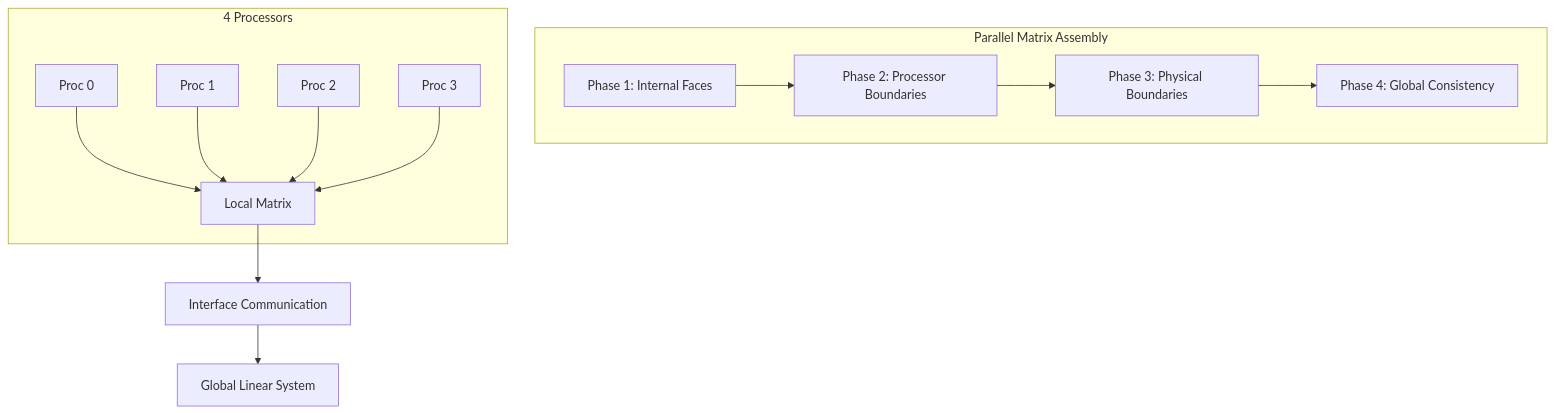
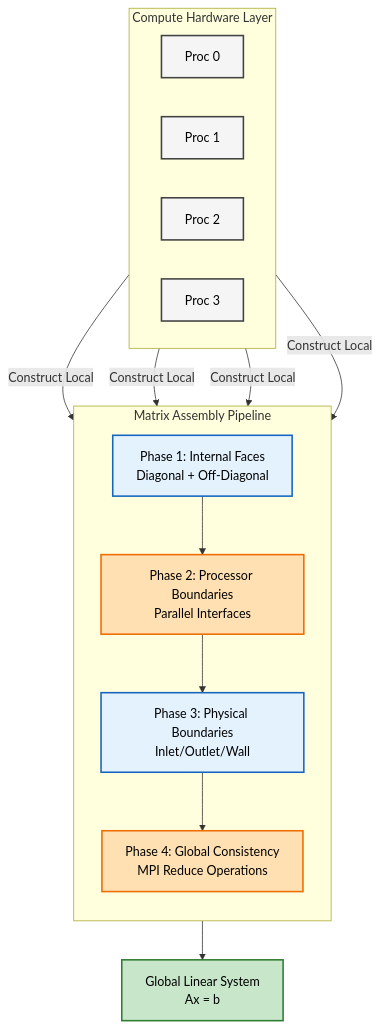
One commit to wramet/build-my-cfd changed the third of 5 diagrams in MODULE_05_OPENFOAM_PROGRAMMING/CONTENT/06_MATRICES_LINEARALGEBRA/05_Parallel_Linear_Algebra.md. Above: the diagram before and after it, drawn with Mermaid. The commit also changed other lines of this file and 313 other files, not shown here.

Commit message:
Revise all diagram

````diff
--- a/MODULE_05_OPENFOAM_PROGRAMMING/CONTENT/06_MATRICES_LINEARALGEBRA/05_Parallel_Linear_Algebra.md
+++ b/MODULE_05_OPENFOAM_PROGRAMMING/CONTENT/06_MATRICES_LINEARALGEBRA/05_Parallel_Linear_Algebra.md
@@ -482,18 +496,29 @@
 ```mermaid
 flowchart TD
-    subgraph Assembly["Parallel Matrix Assembly"]
-        A[Phase 1: Internal Faces] --> B[Phase 2: Processor Boundaries]
-        B --> C[Phase 3: Physical Boundaries]
-        C --> D[Phase 4: Global Consistency]
-    end
+classDef implicit fill:#e3f2fd,stroke:#1565c0,stroke-width:2px,color:#000
+classDef explicit fill:#ffe0b2,stroke:#ef6c00,stroke-width:2px,color:#000
+classDef container fill:#f5f5f5,stroke:#424242,stroke-width:2px,color:#000
+classDef result fill:#c8e6c9,stroke:#2e7d32,stroke-width:2px,color:#000
 
-    subgraph Processors["4 Processors"]
-        P1[Proc 0] --> E[Local Matrix]
-        P2[Proc 1] --> E
-        P3[Proc 2] --> E
-        P4[Proc 3] --> E
-    end
+subgraph Hardware ["Compute Hardware Layer"]
+    direction LR
+    P0[Proc 0]:::container
+    P1[Proc 1]:::container
+    P2[Proc 2]:::container
+    P3[Proc 3]:::container
+end
 
-    E --> F[Interface Communication]
-    F --> G[Global Linear System]
+subgraph Assembly ["Matrix Assembly Pipeline"]
+    direction TB
+    Phase1[Phase 1: Internal Faces<br/>Diagonal + Off-Diagonal]:::implicit
+    Phase2[Phase 2: Processor Boundaries<br/>Parallel Interfaces]:::explicit
+    Phase3[Phase 3: Physical Boundaries<br/>Inlet/Outlet/Wall]:::implicit
+    Phase4[Phase 4: Global Consistency<br/>MPI Reduce Operations]:::explicit
+end
+
+P0 & P1 & P2 & P3 -->|Construct Local| Phase1
+Phase1 --> Phase2
+Phase2 --> Phase3
+Phase3 --> Phase4
+Phase4 --> System[Global Linear System<br/>Ax = b]:::result
 ```
````
